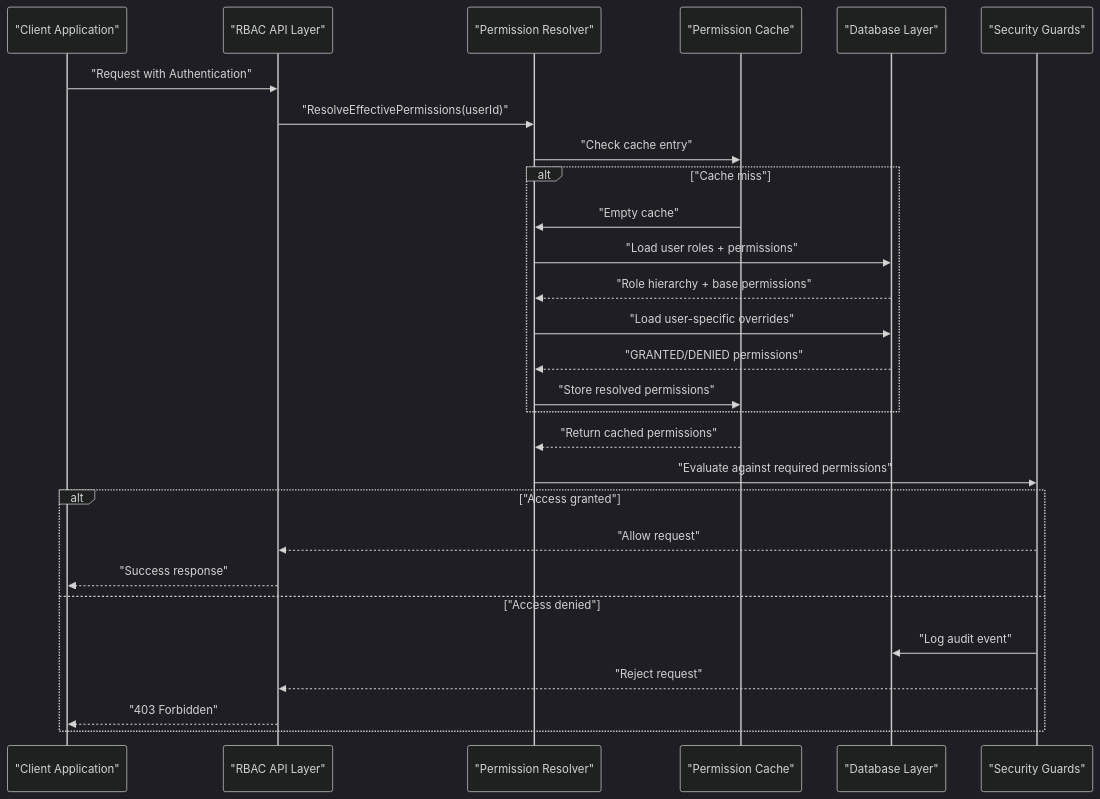
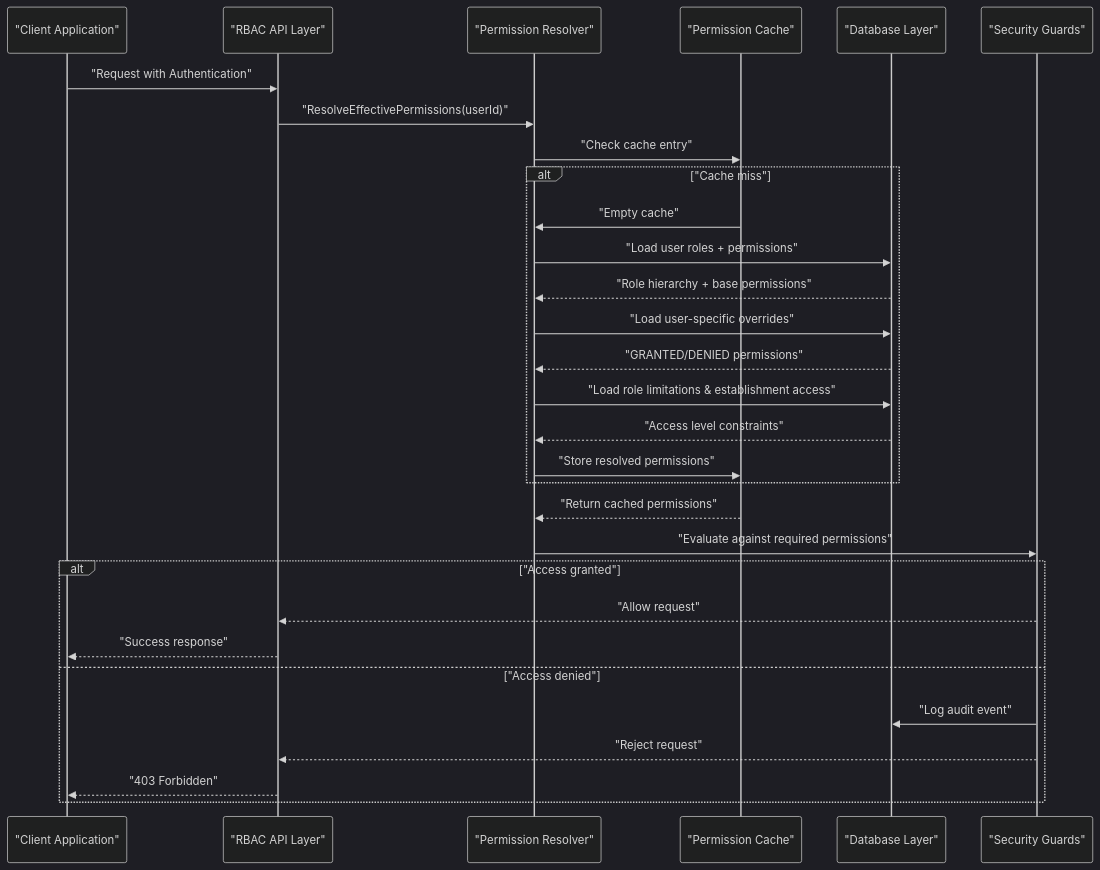
One commit to franckylab/eLISAschool changed the second of 6 diagrams in .qoder/repowiki/en/content/Authentication & Authorization/Role-Based Access Control.md. Above: the diagram before and after it, drawn with Mermaid (dark theme). The commit also changed other lines of this file and 67 other files, not shown here.

````diff
--- a/.qoder/repowiki/en/content/Authentication & Authorization/Role-Based Access Control.md
+++ b/.qoder/repowiki/en/content/Authentication & Authorization/Role-Based Access Control.md
@@ -144,30 +170,32 @@
 ```mermaid
 sequenceDiagram
 participant Client as "Client Application"
 participant API as "RBAC API Layer"
 participant Resolver as "Permission Resolver"
 participant Cache as "Permission Cache"
 participant DB as "Database Layer"
 participant Guard as "Security Guards"
 Client->>API : "Request with Authentication"
 API->>Resolver : "ResolveEffectivePermissions(userId)"
 Resolver->>Cache : "Check cache entry"
 alt "Cache miss"
 Cache->>Resolver : "Empty cache"
 Resolver->>DB : "Load user roles + permissions"
 DB-->>Resolver : "Role hierarchy + base permissions"
 Resolver->>DB : "Load user-specific overrides"
 DB-->>Resolver : "GRANTED/DENIED permissions"
+Resolver->>DB : "Load role limitations & establishment access"
+DB-->>Resolver : "Access level constraints"
 Resolver->>Cache : "Store resolved permissions"
 end
 Cache-->>Resolver : "Return cached permissions"
 Resolver->>Guard : "Evaluate against required permissions"
 alt "Access granted"
 Guard-->>API : "Allow request"
 API-->>Client : "Success response"
 else "Access denied"
 Guard->>DB : "Log audit event"
 Guard-->>API : "Reject request"
 API-->>Client : "403 Forbidden"
 end
 ```
````
